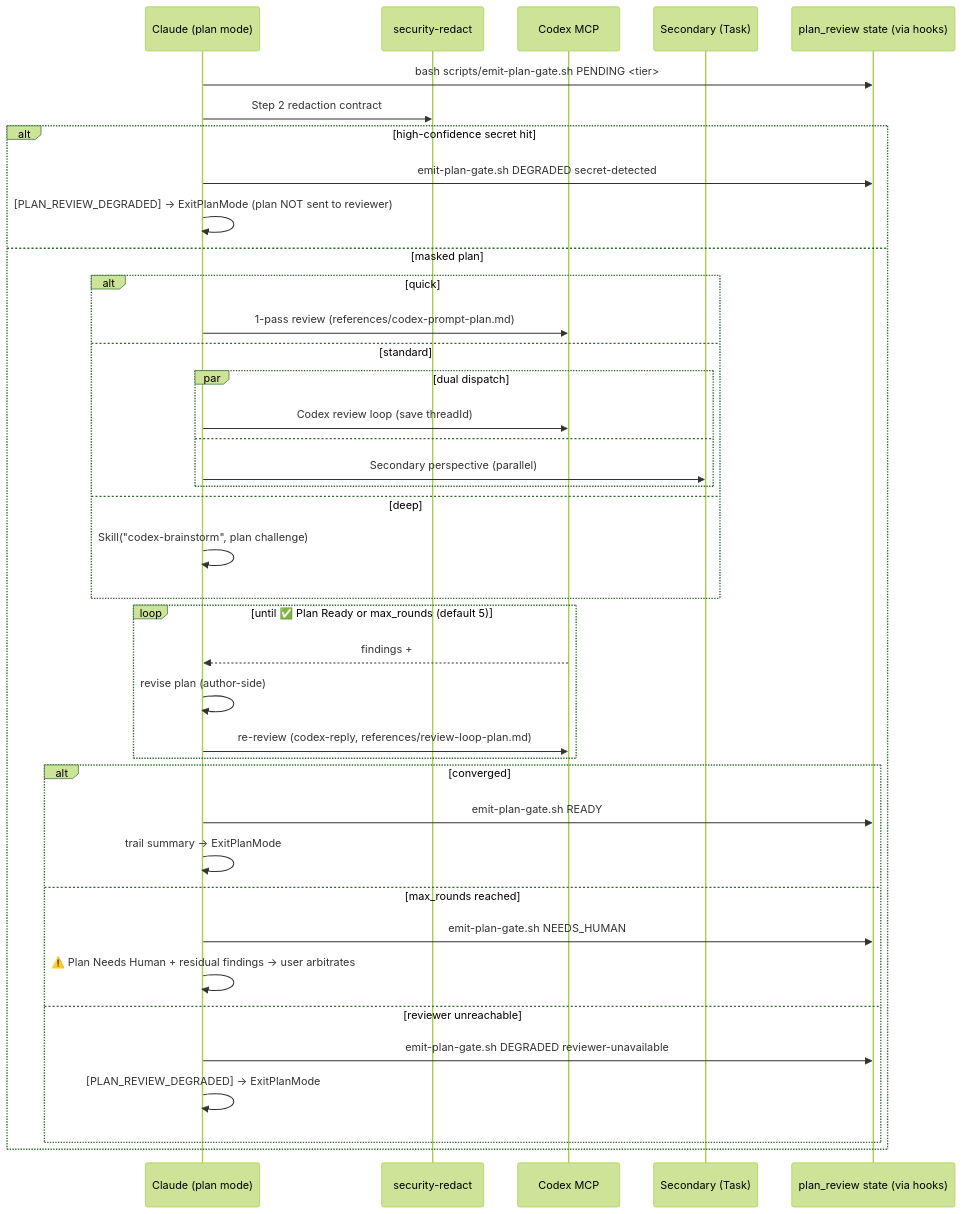
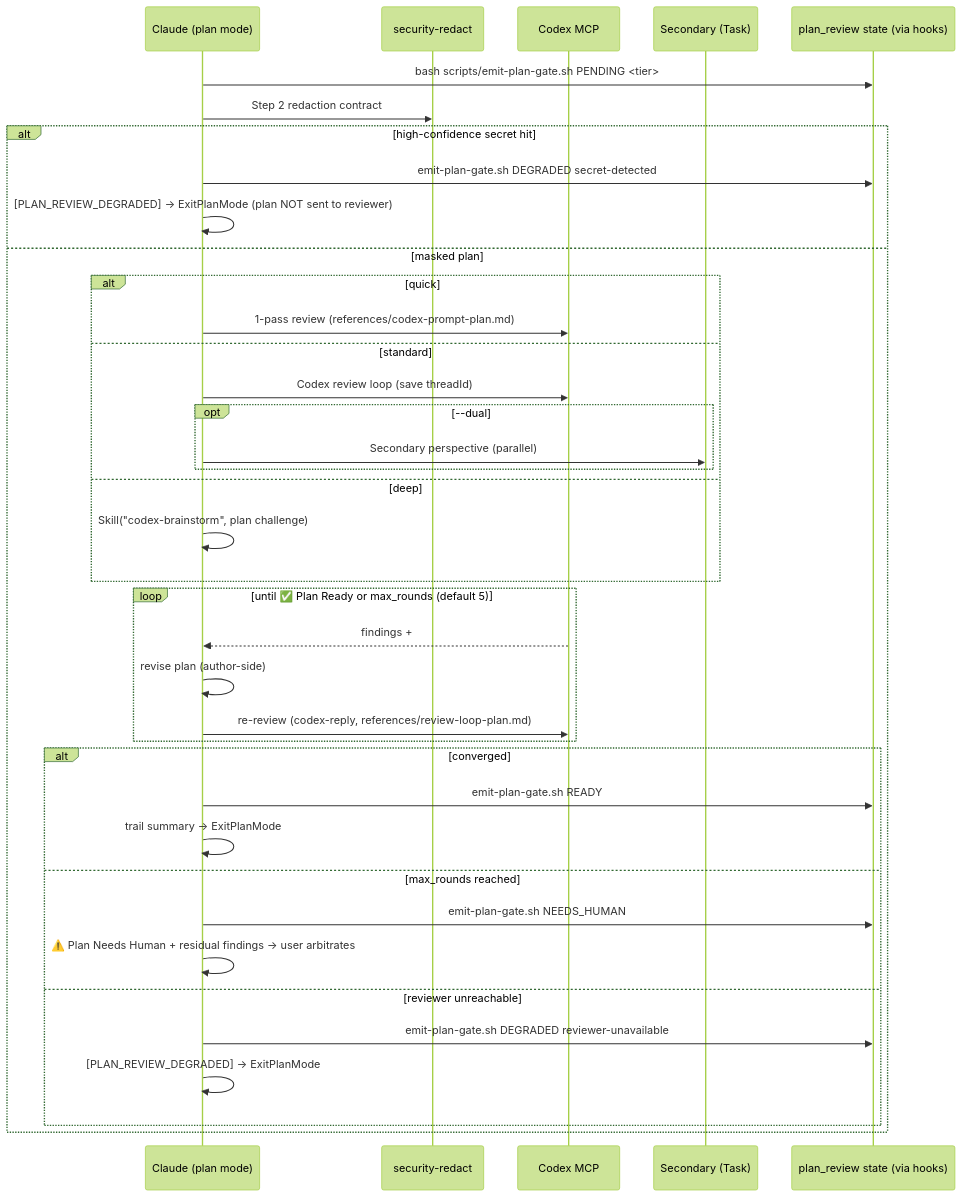
One commit to sd0xdev/sd0x-dev-flow changed the diagram in skills/plan-review/SKILL.md. Above: the diagram before and after it, drawn with Mermaid (forest theme). The commit also changed other lines of this file and 44 other files, not shown here.

````diff
--- a/skills/plan-review/SKILL.md
+++ b/skills/plan-review/SKILL.md
@@ -44,42 +45,41 @@
 ```mermaid
 sequenceDiagram
     participant C as Claude (plan mode)
     participant RD as security-redact
     participant CX as Codex MCP
     participant SA as Secondary (Task)
     participant ST as plan_review state (via hooks)
 
     C->>ST: bash scripts/emit-plan-gate.sh PENDING <tier>
     C->>RD: Step 2 redaction contract
     alt high-confidence secret hit
         C->>ST: emit-plan-gate.sh DEGRADED secret-detected
         C->>C: [PLAN_REVIEW_DEGRADED] → ExitPlanMode (plan NOT sent to reviewer)
     else masked plan
         alt quick
             C->>CX: 1-pass review (references/codex-prompt-plan.md)
         else standard
-            par dual dispatch
-                C->>CX: Codex review loop (save threadId)
-            and
+            C->>CX: Codex review loop (save threadId)
+            opt --dual
                 C->>SA: Secondary perspective (parallel)
             end
         else deep
             C->>C: Skill("codex-brainstorm", plan challenge)
         end
         loop until ✅ Plan Ready or max_rounds (default 5)
             CX-->>C: findings + ## Plan Review sentinel
             C->>C: revise plan (author-side)
             C->>CX: re-review (codex-reply, references/review-loop-plan.md)
         end
         alt converged
             C->>ST: emit-plan-gate.sh READY
             C->>C: trail summary → ExitPlanMode
         else max_rounds reached
             C->>ST: emit-plan-gate.sh NEEDS_HUMAN
             C->>C: ⚠️ Plan Needs Human + residual findings → user arbitrates
         else reviewer unreachable
             C->>ST: emit-plan-gate.sh DEGRADED reviewer-unavailable
             C->>C: [PLAN_REVIEW_DEGRADED] → ExitPlanMode
         end
     end
 ```
````
